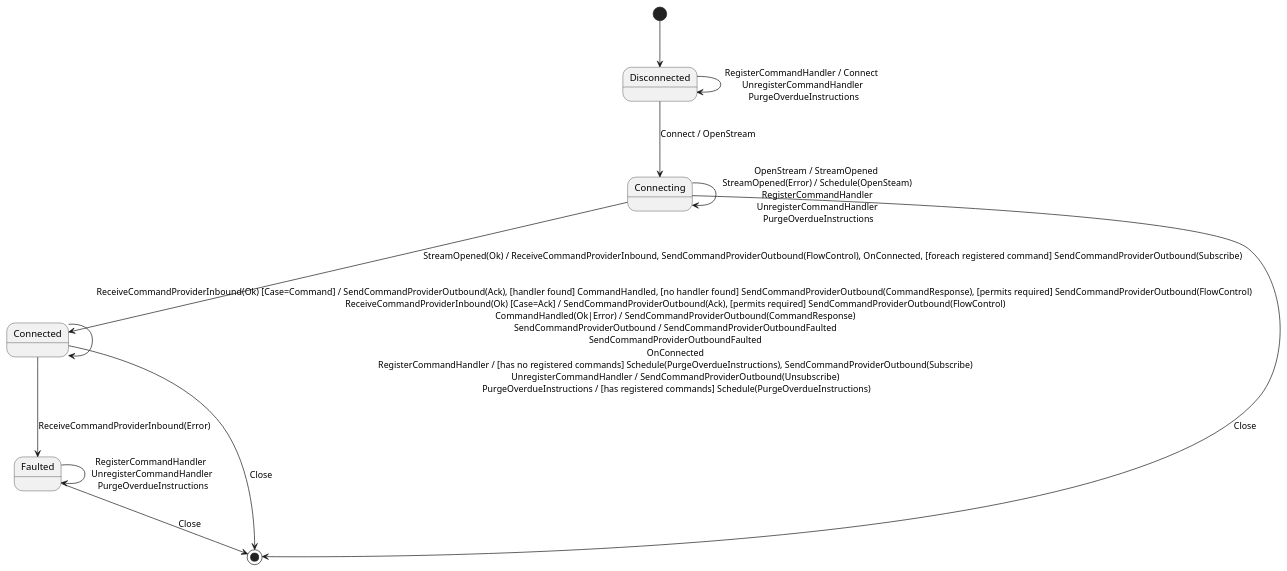
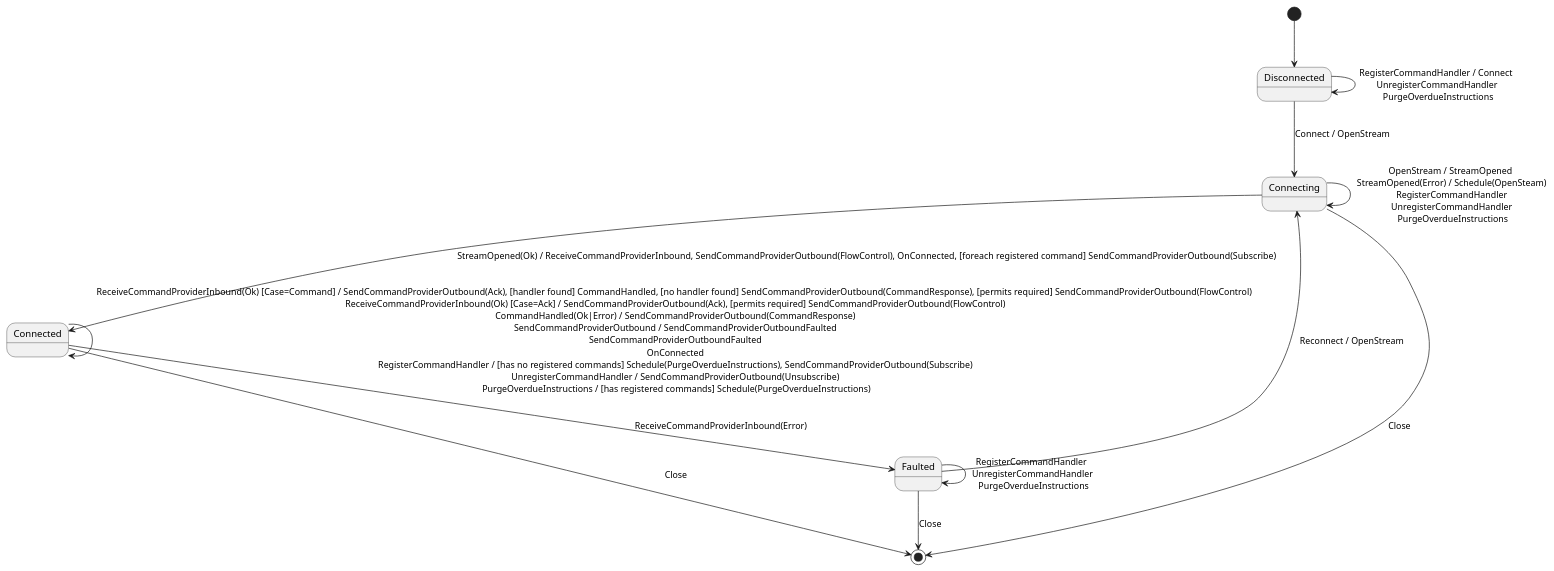
One commit to AxonIQ/axonserver-connector-dotnet changed the diagram in src/AxonIQ.AxonServer.Connector/CommandChannelMachine.plantuml. Above: the diagram before and after it, drawn with PlantUML. The commit also changed 117 other files, not shown here.

```diff
--- a/src/AxonIQ.AxonServer.Connector/CommandChannelMachine.plantuml
+++ b/src/AxonIQ.AxonServer.Connector/CommandChannelMachine.plantuml
@@ -1,15 +1,16 @@
 @startuml CommandChannel state machine
 [*] --> Disconnected
 
 Disconnected-->Disconnected: RegisterCommandHandler / Connect \n UnregisterCommandHandler \n PurgeOverdueInstructions
 Disconnected-->Connecting: Connect / OpenStream 
 Connecting-->Connecting: OpenStream / StreamOpened \n StreamOpened(Error) / Schedule(OpenSteam) \n RegisterCommandHandler \n UnregisterCommandHandler \n PurgeOverdueInstructions
 Connecting-->Connected: StreamOpened(Ok) / ReceiveCommandProviderInbound, SendCommandProviderOutbound(FlowControl), OnConnected, [foreach registered command] SendCommandProviderOutbound(Subscribe)
 Connected-->Connected: ReceiveCommandProviderInbound(Ok) [Case=Command] / SendCommandProviderOutbound(Ack), [handler found] CommandHandled, [no handler found] SendCommandProviderOutbound(CommandResponse), [permits required] SendCommandProviderOutbound(FlowControl) \n ReceiveCommandProviderInbound(Ok) [Case=Ack] / SendCommandProviderOutbound(Ack), [permits required] SendCommandProviderOutbound(FlowControl) \n CommandHandled(Ok|Error) / SendCommandProviderOutbound(CommandResponse) \n SendCommandProviderOutbound / SendCommandProviderOutboundFaulted \n SendCommandProviderOutboundFaulted \n OnConnected \n RegisterCommandHandler / [has no registered commands] Schedule(PurgeOverdueInstructions), SendCommandProviderOutbound(Subscribe) \n UnregisterCommandHandler / SendCommandProviderOutbound(Unsubscribe) \n PurgeOverdueInstructions / [has registered commands] Schedule(PurgeOverdueInstructions)
 Connected-->Faulted: ReceiveCommandProviderInbound(Error)
 Faulted-->Faulted: RegisterCommandHandler \n UnregisterCommandHandler \n PurgeOverdueInstructions
+Faulted-->Connecting: Reconnect / OpenStream
 
 Connecting --> [*]: Close
 Connected --> [*]: Close
 Faulted --> [*]: Close
 @enduml
```
